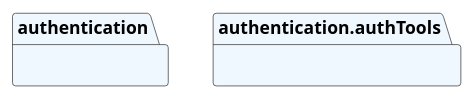
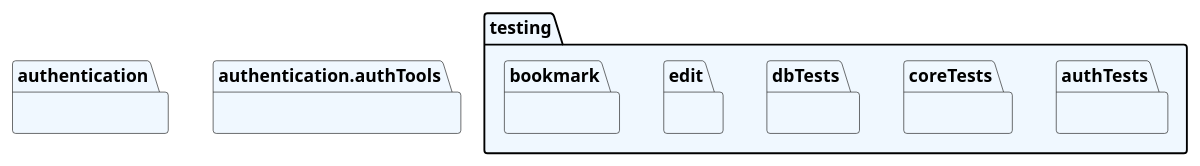
The diagram in Diagrams/Sequences/UC3.puml (Nasnency/Project3155), drawn with PlantUML before and after one commit.

```diff
--- a/Diagrams/Sequences/UC3.puml
+++ b/Diagrams/Sequences/UC3.puml
@@ -1,7 +1,19 @@
 @startuml packages
 set namespaceSeparator none
 package "authentication" as authentication #aliceblue {
 }
 package "authentication.authTools" as authentication.authTools #aliceblue {
 }
+package "testing" as testing #aliceblue {
+    package "authTests" as authTests #aliceblue {
+    }
+    package "coreTests" as coreTests #aliceblue {
+    }
+    package "dbTests" as dbTests #aliceblue {
+    }
+    package "edit" as edit #aliceblue {
+    }
+    package "bookmark" as bookmark #aliceblue {
+    }
+}
 @enduml
```
